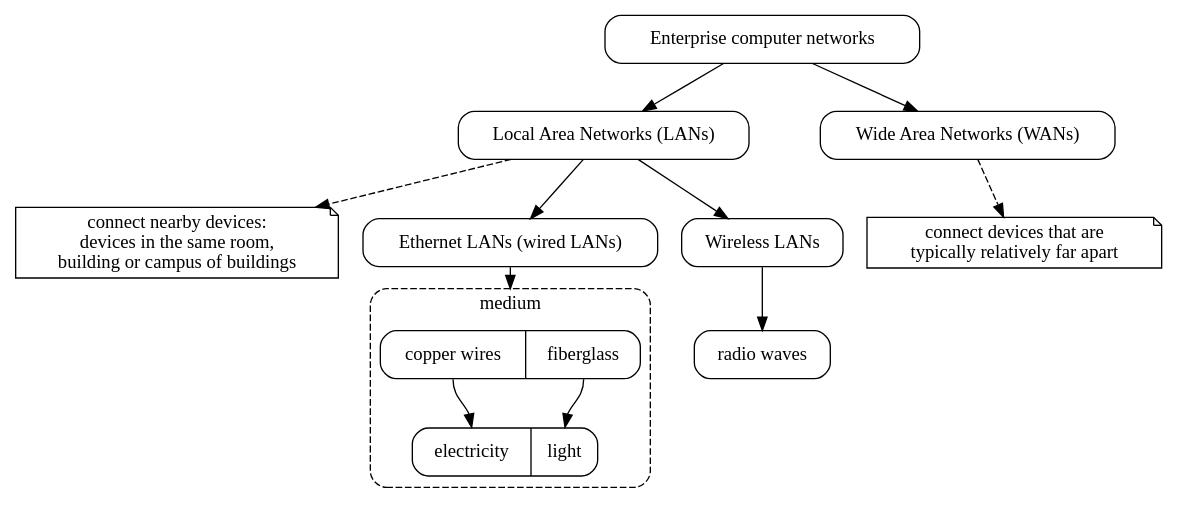
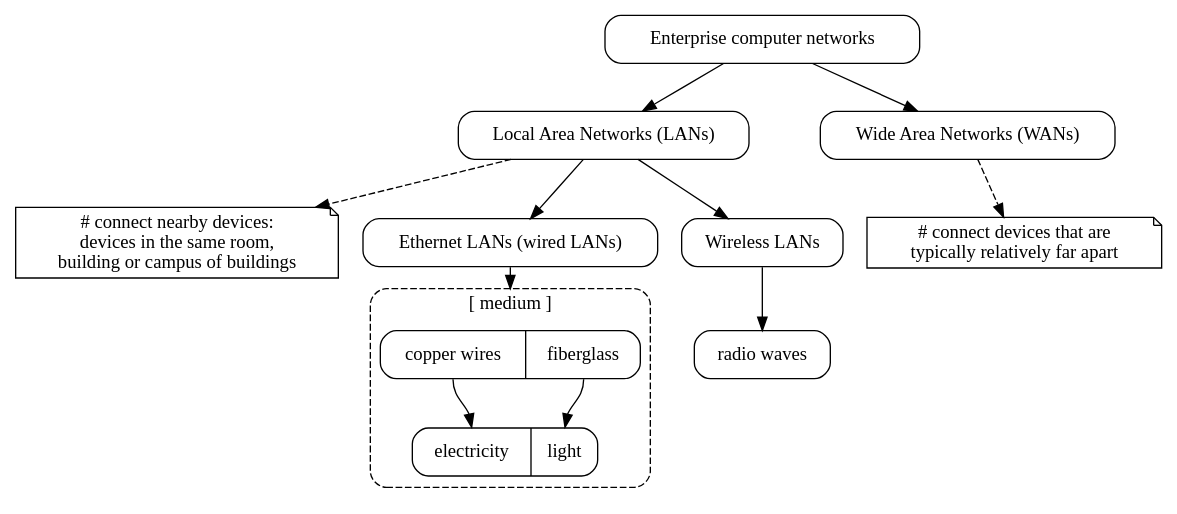
The diagram in source/001_introduction.gv (miano-kamuru/Cisco-Certified-Network-Associate-Maps), drawn with Graphviz before and after one commit.

```diff
--- a/source/001_introduction.gv
+++ b/source/001_introduction.gv
@@ -1,24 +1,24 @@
 digraph introduction {
     compound=true
     node [shape=box style="rounded"]
     LanMediumNode [label= "<f0>copper wires | <f1>fiberglass" shape=record ]
     LanMediumNode2 [label= "<f0>electricity | <f1>light" shape=record]
-    LanNote [label="connect nearby devices:\ndevices in the same room,\nbuilding or campus of buildings" shape=note]
-    WanNote [label="connect devices that are\n typically relatively far apart" shape=note]
+    LanNote [label="# connect nearby devices:\ndevices in the same room,\nbuilding or campus of buildings" shape=note]
+    WanNote [label="# connect devices that are\n typically relatively far apart" shape=note]
     "Enterprise computer networks" -> "Local Area Networks (LANs)";
     "Enterprise computer networks" -> "Wide Area Networks (WANs)";
     "Local Area Networks (LANs)" -> "Ethernet LANs (wired LANs)";
     "Local Area Networks (LANs)" -> "Wireless LANs";
     "Ethernet LANs (wired LANs)" -> LanMediumNode [lhead="cluster_medium"];
     "Wireless LANs" -> "radio waves";
     LanMediumNode:f0 -> LanMediumNode2:f0 
     LanMediumNode:f1 -> LanMediumNode2:f1
     "Local Area Networks (LANs)" -> LanNote [style="dashed"]
     "Wide Area Networks (WANs)" -> WanNote [style="dashed"]
     subgraph cluster_medium { 
-        label="medium" style="rounded,dashed" 
+        label="[ medium ]" style="rounded,dashed" 
         LanMediumNode; 
         LanMediumNode2;
         }
         
 }
```
